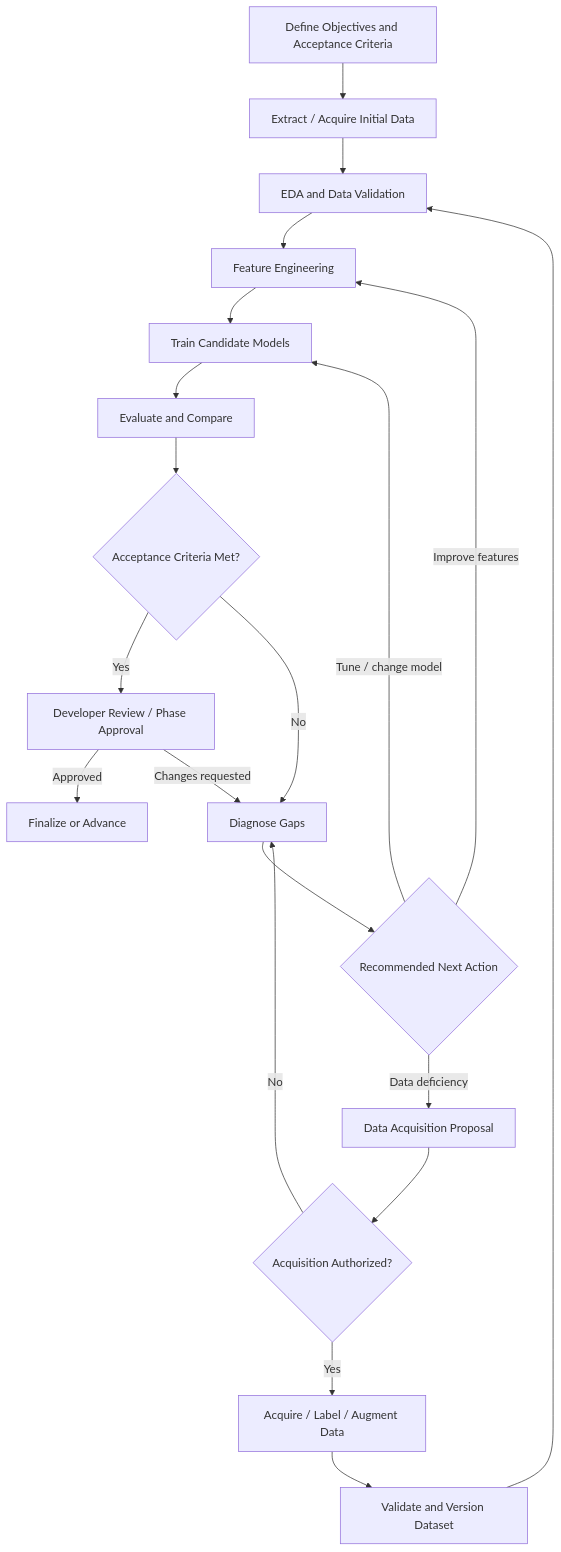
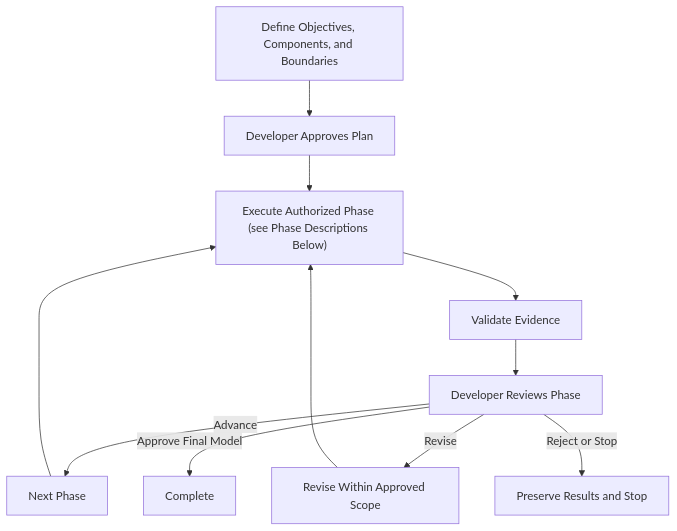
Before and after one commit to jimthompson5802/agentic-ml: the second of 2 diagrams in docs/specs/agentic-ml-harness-proposal.md, drawn with Mermaid. The commit also changed other lines of this file, not shown here.

Commit message:
docs: specify custom ML components and clarify workflow phases

````diff
--- a/docs/specs/agentic-ml-harness-proposal.md
+++ b/docs/specs/agentic-ml-harness-proposal.md
@@ -104,22 +104,13 @@
 ```mermaid
 flowchart TD
-    A[Define Objectives and Acceptance Criteria] --> B[Extract / Acquire Initial Data]
-    B --> C[EDA and Data Validation]
-    C --> D[Feature Engineering]
-    D --> E[Train Candidate Models]
-    E --> F[Evaluate and Compare]
-    F --> G{Acceptance Criteria Met?}
-    G -->|Yes| H[Developer Review / Phase Approval]
-    H -->|Approved| Z[Finalize or Advance]
-    H -->|Changes requested| I[Diagnose Gaps]
-    G -->|No| I
-    I --> J{Recommended Next Action}
-    J -->|Improve features| D
-    J -->|Tune / change model| E
-    J -->|Data deficiency| K[Data Acquisition Proposal]
-    K --> L{Acquisition Authorized?}
-    L -->|Yes| M[Acquire / Label / Augment Data]
-    M --> N[Validate and Version Dataset]
-    N --> C
-    L -->|No| I
+    A[Define Objectives, Components, and Boundaries] --> B[Developer Approves Plan]
+    B --> C["Execute Authorized Phase (see Phase Descriptions Below)"]
+    C --> D[Validate Evidence]
+    D --> E[Developer Reviews Phase]
+    E -->|Advance| F[Next Phase]
+    F --> C
+    E -->|Revise| G[Revise Within Approved Scope]
+    G --> C
+    E -->|Approve Final Model| H[Complete]
+    E -->|Reject or Stop| I[Preserve Results and Stop]
 ```
````
